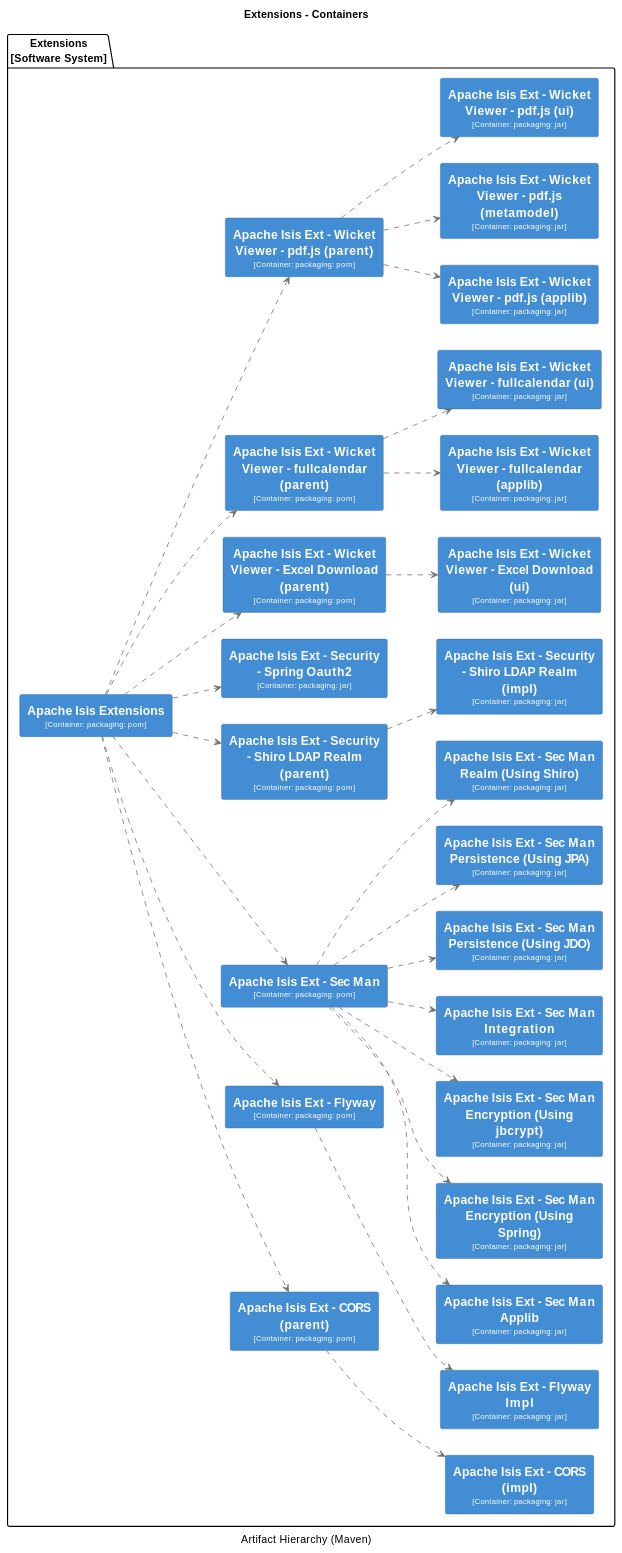
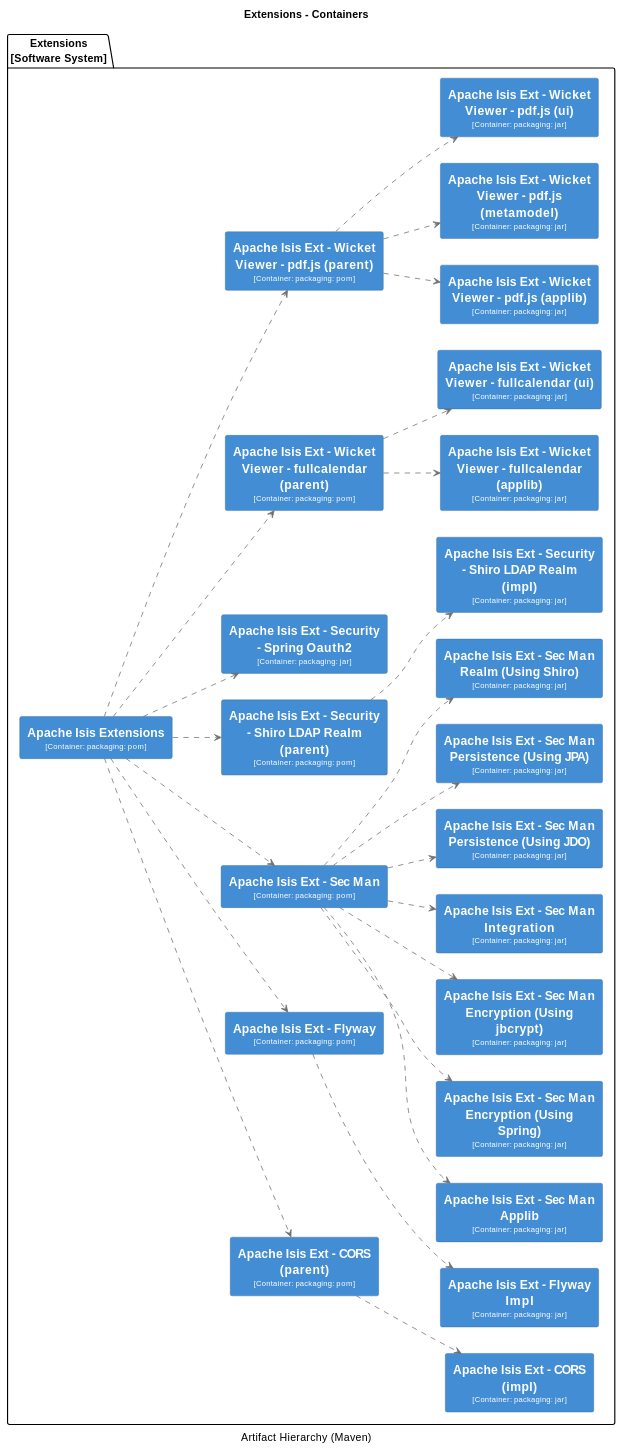
One commit to apache/causeway changed diagram 21 of 32 in core/adoc/modules/_overview/pages/about.adoc. Above: the diagram before and after it, drawn with PlantUML. The commit also changed other lines of this file and 131 other files, not shown here.

```diff
--- a/core/adoc/modules/_overview/pages/about.adoc
+++ b/core/adoc/modules/_overview/pages/about.adoc
@@ -4127,6 +3969,11 @@
 }
 hide stereotype
 left to right direction
+skinparam rectangle<<11>> {
+  BackgroundColor #438dd5
+  FontColor #fffffe
+  BorderColor #2E6295
+}
 skinparam rectangle<<22>> {
   BackgroundColor #438dd5
   FontColor #fffffe
@@ -4137,37 +3984,17 @@
   FontColor #fffffe
   BorderColor #2E6295
 }
-skinparam rectangle<<24>> {
-  BackgroundColor #438dd5
-  FontColor #fffffe
-  BorderColor #2E6295
-}
-skinparam rectangle<<25>> {
-  BackgroundColor #438dd5
-  FontColor #fffffe
-  BorderColor #2E6295
-}
-skinparam rectangle<<26>> {
-  BackgroundColor #438dd5
-  FontColor #fffffe
-  BorderColor #2E6295
-}
-skinparam rectangle<<10>> {
-  BackgroundColor #438dd5
-  FontColor #fffffe
-  BorderColor #2E6295
-}
-skinparam rectangle<<11>> {
-  BackgroundColor #438dd5
-  FontColor #fffffe
-  BorderColor #2E6295
-}
 skinparam rectangle<<12>> {
   BackgroundColor #438dd5
   FontColor #fffffe
   BorderColor #2E6295
 }
 skinparam rectangle<<13>> {
+  BackgroundColor #438dd5
+  FontColor #fffffe
+  BorderColor #2E6295
+}
+skinparam rectangle<<24>> {
   BackgroundColor #438dd5
   FontColor #fffffe
   BorderColor #2E6295
@@ -4252,56 +4079,57 @@
   FontColor #fffffe
   BorderColor #2E6295
 }
+skinparam rectangle<<10>> {
+  BackgroundColor #438dd5
+  FontColor #fffffe
+  BorderColor #2E6295
+}
 package "Extensions\n[Software System]" {
   rectangle "==Apache Isis Ext - CORS (impl)\n<size:10>[Container: packaging: jar]</size>" <<4>> as 4
   rectangle "==Apache Isis Ext - CORS (parent)\n<size:10>[Container: packaging: pom]</size>" <<3>> as 3
-  rectangle "==Apache Isis Ext - Flyway\n<size:10>[Container: packaging: pom]</size>" <<7>> as 7
-  rectangle "==Apache Isis Ext - Flyway Impl\n<size:10>[Container: packaging: jar]</size>" <<8>> as 8
-  rectangle "==Apache Isis Ext - Sec Man\n<size:10>[Container: packaging: pom]</size>" <<16>> as 16
-  rectangle "==Apache Isis Ext - Sec Man Applib\n<size:10>[Container: packaging: jar]</size>" <<17>> as 17
-  rectangle "==Apache Isis Ext - Sec Man Encryption (Using Spring)\n<size:10>[Container: packaging: jar]</size>" <<19>> as 19
-  rectangle "==Apache Isis Ext - Sec Man Encryption (Using jbcrypt)\n<size:10>[Container: packaging: jar]</size>" <<18>> as 18
-  rectangle "==Apache Isis Ext - Sec Man Integration\n<size:10>[Container: packaging: jar]</size>" <<20>> as 20
-  rectangle "==Apache Isis Ext - Sec Man Persistence (Using JDO)\n<size:10>[Container: packaging: jar]</size>" <<21>> as 21
-  rectangle "==Apache Isis Ext - Sec Man Persistence (Using JPA)\n<size:10>[Container: packaging: jar]</size>" <<22>> as 22
-  rectangle "==Apache Isis Ext - Sec Man Realm (Using Shiro)\n<size:10>[Container: packaging: jar]</size>" <<23>> as 23
-  rectangle "==Apache Isis Ext - Security - Shiro LDAP Realm (impl)\n<size:10>[Container: packaging: jar]</size>" <<25>> as 25
-  rectangle "==Apache Isis Ext - Security - Shiro LDAP Realm (parent)\n<size:10>[Container: packaging: pom]</size>" <<24>> as 24
-  rectangle "==Apache Isis Ext - Security - Spring Oauth2\n<size:10>[Container: packaging: jar]</size>" <<26>> as 26
-  rectangle "==Apache Isis Ext - Wicket Viewer - Excel Download (parent)\n<size:10>[Container: packaging: pom]</size>" <<5>> as 5
-  rectangle "==Apache Isis Ext - Wicket Viewer - Excel Download (ui)\n<size:10>[Container: packaging: jar]</size>" <<6>> as 6
-  rectangle "==Apache Isis Ext - Wicket Viewer - fullcalendar (applib)\n<size:10>[Container: packaging: jar]</size>" <<10>> as 10
-  rectangle "==Apache Isis Ext - Wicket Viewer - fullcalendar (parent)\n<size:10>[Container: packaging: pom]</size>" <<9>> as 9
-  rectangle "==Apache Isis Ext - Wicket Viewer - fullcalendar (ui)\n<size:10>[Container: packaging: jar]</size>" <<11>> as 11
-  rectangle "==Apache Isis Ext - Wicket Viewer - pdf.js (applib)\n<size:10>[Container: packaging: jar]</size>" <<13>> as 13
-  rectangle "==Apache Isis Ext - Wicket Viewer - pdf.js (metamodel)\n<size:10>[Container: packaging: jar]</size>" <<14>> as 14
-  rectangle "==Apache Isis Ext - Wicket Viewer - pdf.js (parent)\n<size:10>[Container: packaging: pom]</size>" <<12>> as 12
-  rectangle "==Apache Isis Ext - Wicket Viewer - pdf.js (ui)\n<size:10>[Container: packaging: jar]</size>" <<15>> as 15
+  rectangle "==Apache Isis Ext - Flyway\n<size:10>[Container: packaging: pom]</size>" <<5>> as 5
+  rectangle "==Apache Isis Ext - Flyway Impl\n<size:10>[Container: packaging: jar]</size>" <<6>> as 6
+  rectangle "==Apache Isis Ext - Sec Man\n<size:10>[Container: packaging: pom]</size>" <<14>> as 14
+  rectangle "==Apache Isis Ext - Sec Man Applib\n<size:10>[Container: packaging: jar]</size>" <<15>> as 15
+  rectangle "==Apache Isis Ext - Sec Man Encryption (Using Spring)\n<size:10>[Container: packaging: jar]</size>" <<17>> as 17
+  rectangle "==Apache Isis Ext - Sec Man Encryption (Using jbcrypt)\n<size:10>[Container: packaging: jar]</size>" <<16>> as 16
+  rectangle "==Apache Isis Ext - Sec Man Integration\n<size:10>[Container: packaging: jar]</size>" <<18>> as 18
+  rectangle "==Apache Isis Ext - Sec Man Persistence (Using JDO)\n<size:10>[Container: packaging: jar]</size>" <<19>> as 19
+  rectangle "==Apache Isis Ext - Sec Man Persistence (Using JPA)\n<size:10>[Container: packaging: jar]</size>" <<20>> as 20
+  rectangle "==Apache Isis Ext - Sec Man Realm (Using Shiro)\n<size:10>[Container: packaging: jar]</size>" <<21>> as 21
+  rectangle "==Apache Isis Ext - Security - Shiro LDAP Realm (impl)\n<size:10>[Container: packaging: jar]</size>" <<23>> as 23
+  rectangle "==Apache Isis Ext - Security - Shiro LDAP Realm (parent)\n<size:10>[Container: packaging: pom]</size>" <<22>> as 22
+  rectangle "==Apache Isis Ext - Security - Spring Oauth2\n<size:10>[Container: packaging: jar]</size>" <<24>> as 24
+  rectangle "==Apache Isis Ext - Wicket Viewer - fullcalendar (applib)\n<size:10>[Container: packaging: jar]</size>" <<8>> as 8
+  rectangle "==Apache Isis Ext - Wicket Viewer - fullcalendar (parent)\n<size:10>[Container: packaging: pom]</size>" <<7>> as 7
+  rectangle "==Apache Isis Ext - Wicket Viewer - fullcalendar (ui)\n<size:10>[Container: packaging: jar]</size>" <<9>> as 9
+  rectangle "==Apache Isis Ext - Wicket Viewer - pdf.js (applib)\n<size:10>[Container: packaging: jar]</size>" <<11>> as 11
+  rectangle "==Apache Isis Ext - Wicket Viewer - pdf.js (metamodel)\n<size:10>[Container: packaging: jar]</size>" <<12>> as 12
+  rectangle "==Apache Isis Ext - Wicket Viewer - pdf.js (parent)\n<size:10>[Container: packaging: pom]</size>" <<10>> as 10
+  rectangle "==Apache Isis Ext - Wicket Viewer - pdf.js (ui)\n<size:10>[Container: packaging: jar]</size>" <<13>> as 13
   rectangle "==Apache Isis Extensions\n<size:10>[Container: packaging: pom]</size>" <<2>> as 2
 }
 3 .[#707070].> 4 : ""
+5 .[#707070].> 6 : ""
+14 .[#707070].> 15 : ""
+14 .[#707070].> 17 : ""
+14 .[#707070].> 16 : ""
+14 .[#707070].> 18 : ""
+14 .[#707070].> 19 : ""
+14 .[#707070].> 20 : ""
+14 .[#707070].> 21 : ""
+22 .[#707070].> 23 : ""
 7 .[#707070].> 8 : ""
-16 .[#707070].> 17 : ""
-16 .[#707070].> 19 : ""
-16 .[#707070].> 18 : ""
-16 .[#707070].> 20 : ""
-16 .[#707070].> 21 : ""
-16 .[#707070].> 22 : ""
-16 .[#707070].> 23 : ""
-24 .[#707070].> 25 : ""
-5 .[#707070].> 6 : ""
-9 .[#707070].> 10 : ""
-9 .[#707070].> 11 : ""
-12 .[#707070].> 13 : ""
-12 .[#707070].> 14 : ""
-12 .[#707070].> 15 : ""
+7 .[#707070].> 9 : ""
+10 .[#707070].> 11 : ""
+10 .[#707070].> 12 : ""
+10 .[#707070].> 13 : ""
 2 .[#707070].> 3 : ""
+2 .[#707070].> 5 : ""
+2 .[#707070].> 14 : ""
+2 .[#707070].> 22 : ""
+2 .[#707070].> 24 : ""
 2 .[#707070].> 7 : ""
-2 .[#707070].> 16 : ""
-2 .[#707070].> 24 : ""
-2 .[#707070].> 26 : ""
-2 .[#707070].> 5 : ""
-2 .[#707070].> 9 : ""
-2 .[#707070].> 12 : ""
+2 .[#707070].> 10 : ""
 @enduml
 ----
```
